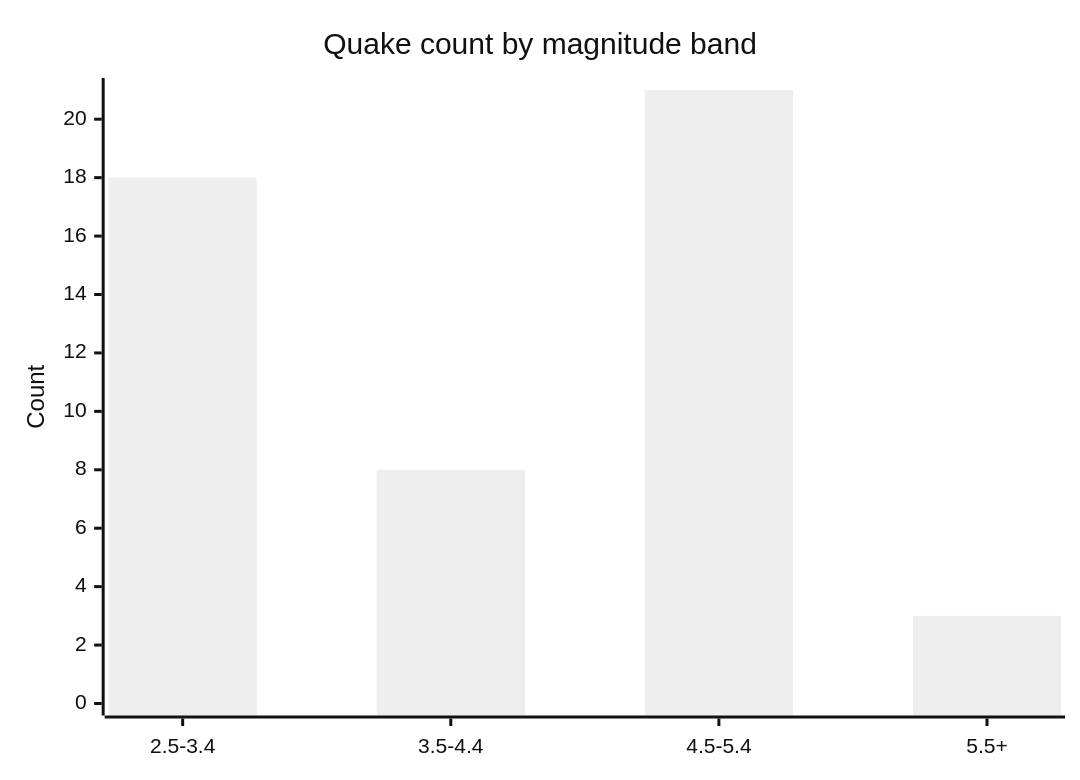
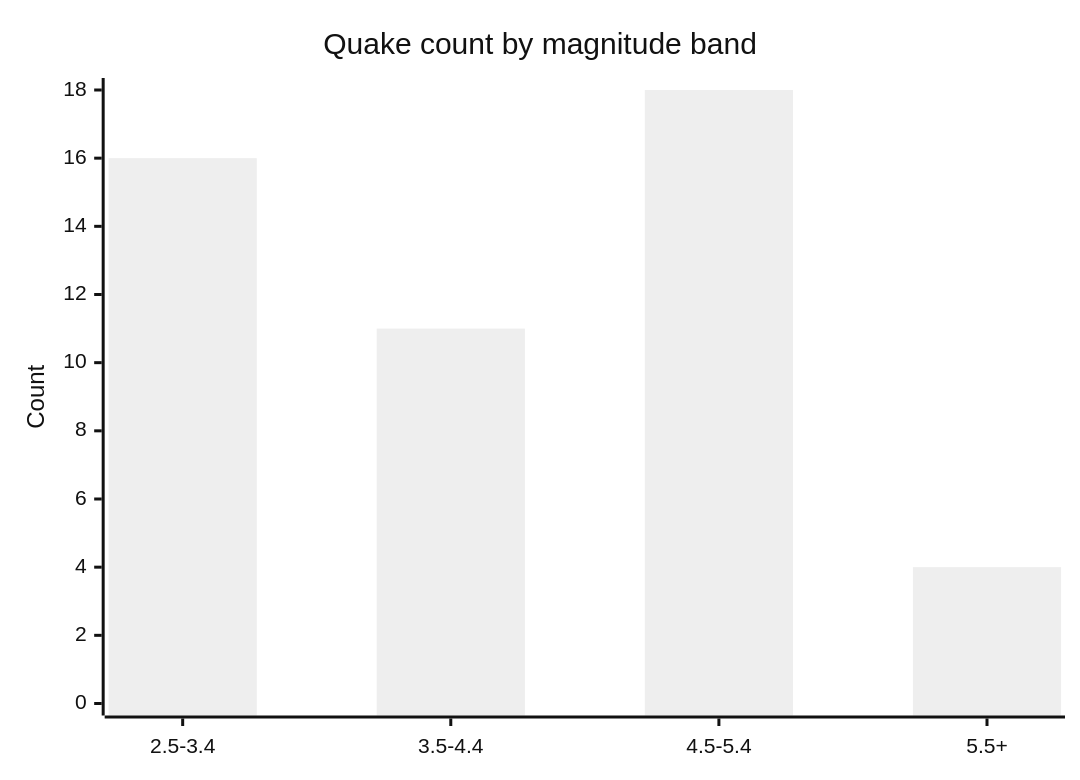
Before and after one commit to Midwest-Stratospheric/aerostratospheric-defense-gir: the fifth of 6 diagrams in docs/GRAPHS.md, drawn with Mermaid (neutral theme). The commit also changed other lines of this file and 26 other files, not shown here.

````diff
--- a/docs/GRAPHS.md
+++ b/docs/GRAPHS.md
@@ -82,7 +82,7 @@
 ```mermaid
 xychart-beta
   title "Quake count by magnitude band"
   x-axis ["2.5-3.4", "3.5-4.4", "4.5-5.4", "5.5+"]
-  y-axis "Count" 0 --> 21
-  bar [18, 8, 21, 3]
+  y-axis "Count" 0 --> 18
+  bar [16, 11, 18, 4]
 ```
````
